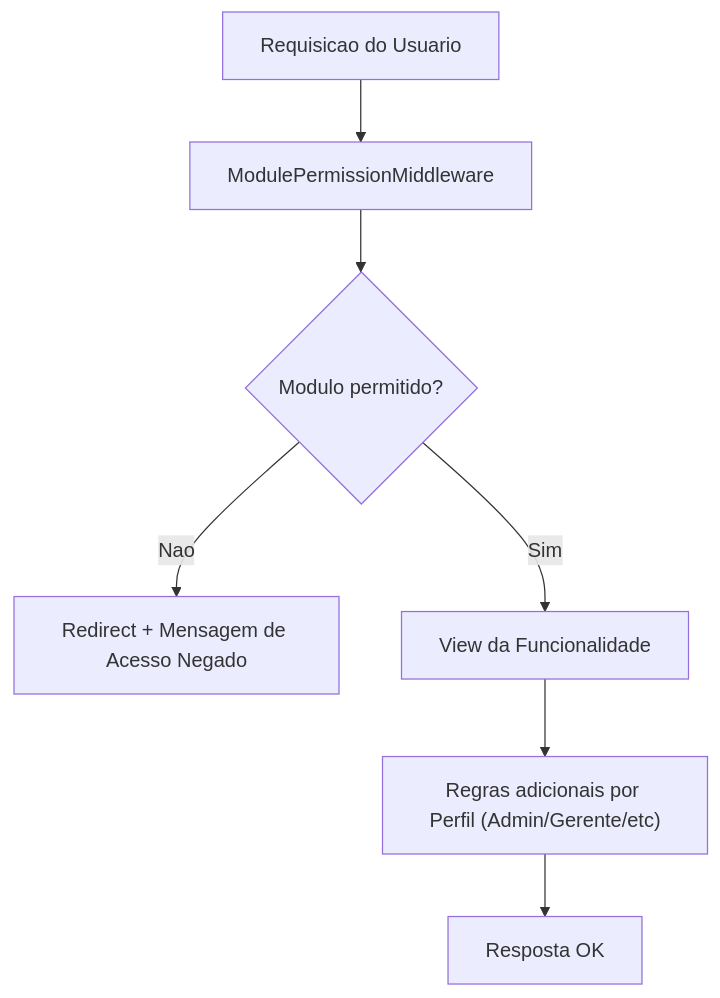
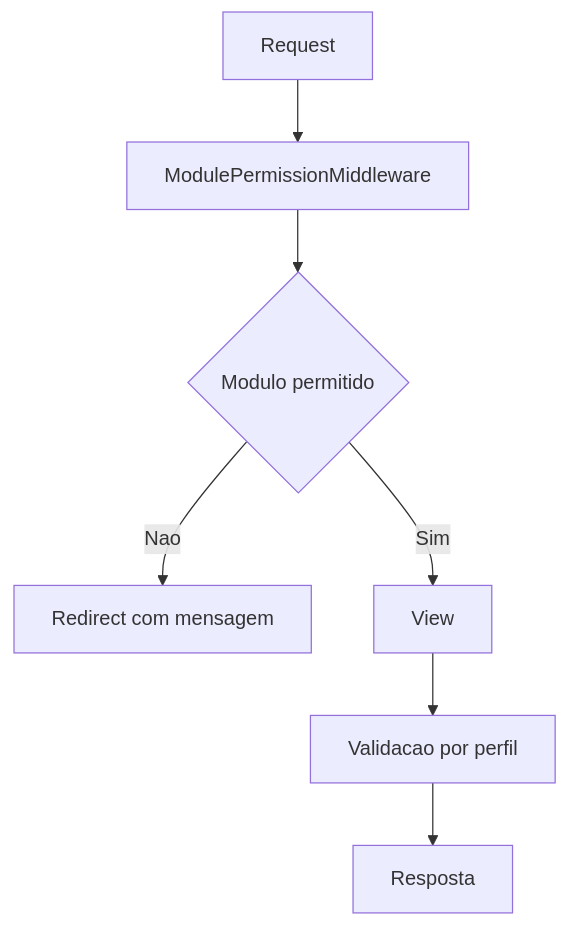
The third of 7 diagrams in docs/11-diagramas.md (brunospagi/Gerenciador-Leads), drawn with Mermaid before and after one commit. The commit also changed other lines of this file and 13 other files, not shown here.

Commit message:
Atualiza documentacao tecnica, diagramas e resumo executivo

````diff
--- a/docs/11-diagramas.md
+++ b/docs/11-diagramas.md
@@ -30,9 +32,9 @@
 ```mermaid
 flowchart TD
-    R["Requisicao do Usuario"] --> M["ModulePermissionMiddleware"]
-    M --> Q{"Modulo permitido?"}
-    Q -->|Nao| X["Redirect + Mensagem de Acesso Negado"]
-    Q -->|Sim| V["View da Funcionalidade"]
-    V --> P["Regras adicionais por Perfil (Admin/Gerente/etc)"]
-    P --> Y["Resposta OK"]
+    R[Request] --> M[ModulePermissionMiddleware]
+    M --> Q{Modulo permitido}
+    Q -->|Nao| X[Redirect com mensagem]
+    Q -->|Sim| V[View]
+    V --> P[Validacao por perfil]
+    P --> Y[Resposta]
 ```
````
